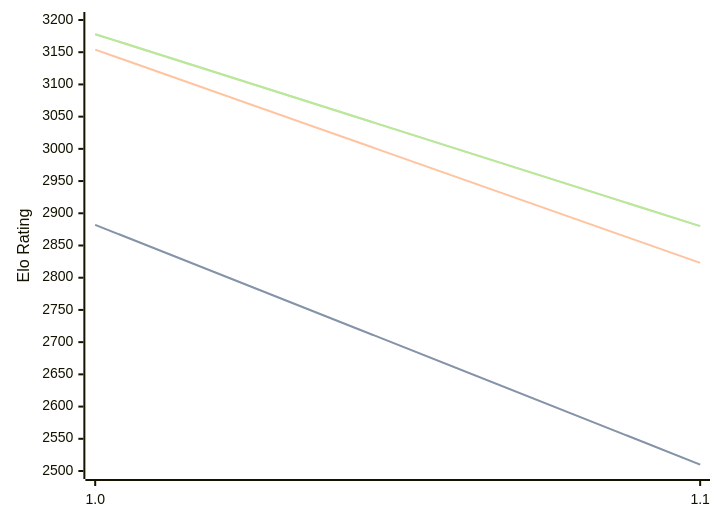
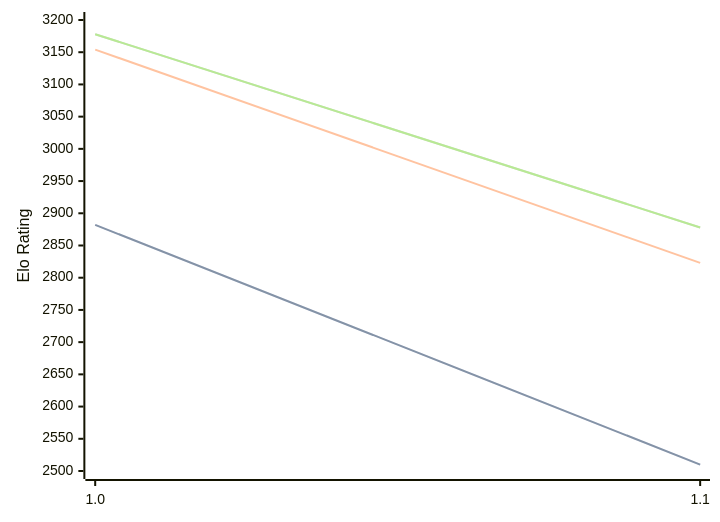
The diagram in engines/Publius.md (computer-chess-index/cci), drawn with Mermaid before and after one commit. The commit also changed other lines of this file, not shown here.

Commit message:
Update CCI Ratings (ELO VLTC) - 2026-03-04

````diff
--- a/engines/Publius.md
+++ b/engines/Publius.md
@@ -30,11 +30,11 @@
 ```mermaid
 %%{init: {"theme":"base","themeVariables":{"seriesColors:['#a3a3a3','#222221','#faa371']}}}%%
 xychart-beta
   x-axis ["1.0", "1.1"]
   y-axis "Elo Rating" 2500 --> 3200
   line "STC (8.0+0.08s)" [2882, 2510]
   line "STC (8.0+0.08s)" [2882, 2510]
   line "LTC (60.0+0.60s)" [3154, 2823]
-  line "VLTC (2m24s+1.12s)" [3178, 2880]
-  line "VLTC (2m24s+1.12s)" [3178, 2880]
+  line "VLTC (2m24s+1.12s)" [3178, 2878]
+  line "VLTC (2m24s+1.12s)" [3178, 2878]
 ```
````
